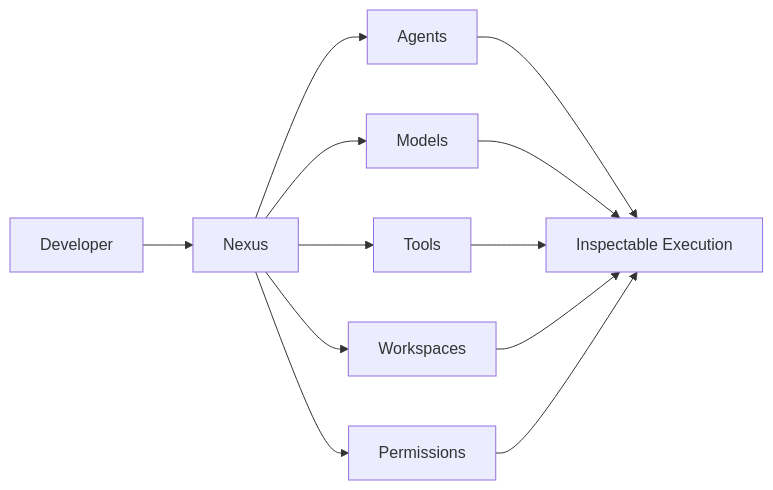
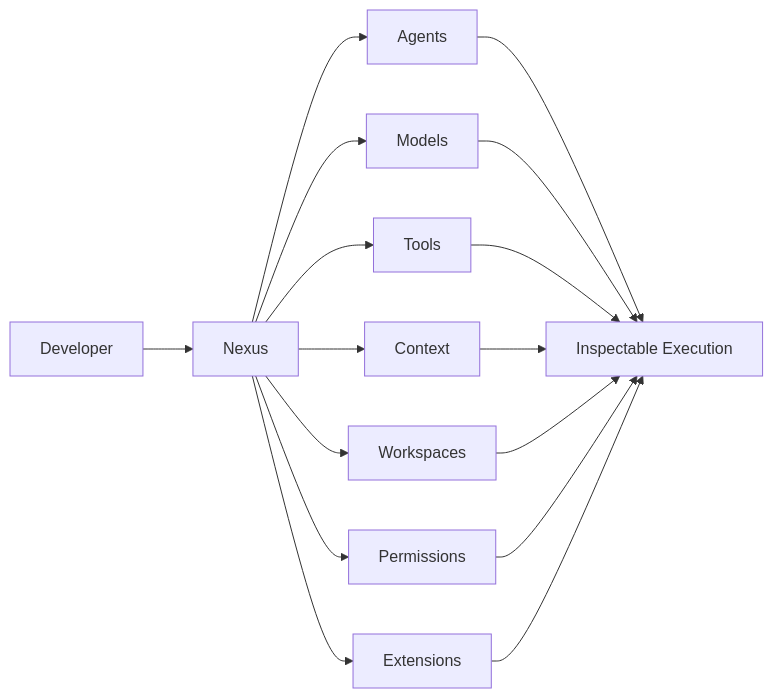
The first of 3 diagrams in README.md (timothynn/Nexus), drawn with Mermaid before and after one commit. The commit also changed other lines of this file, not shown here.

````diff
--- a/README.md
+++ b/README.md
@@ -25,15 +24,19 @@
 ```mermaid
 flowchart LR
     U[Developer] --> N[Nexus]
     N --> A[Agents]
     N --> M[Models]
     N --> T[Tools]
+    N --> C[Context]
     N --> W[Workspaces]
     N --> P[Permissions]
+    N --> X[Extensions]
 
     A --> R[Inspectable Execution]
     M --> R
     T --> R
+    C --> R
     W --> R
     P --> R
+    X --> R
 ```
````
